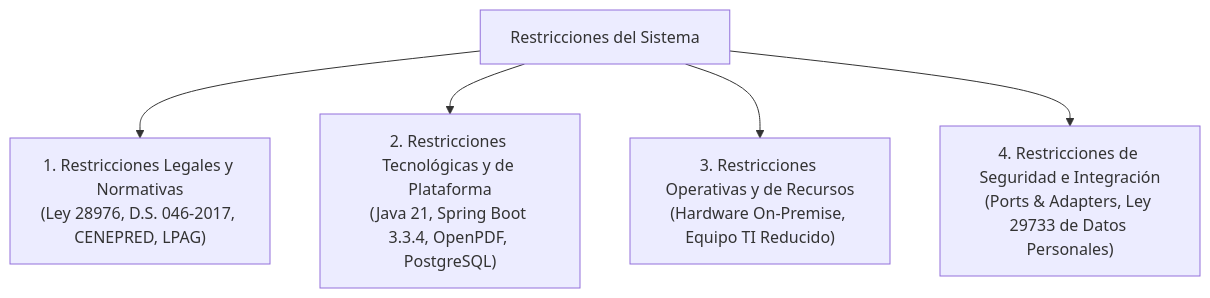
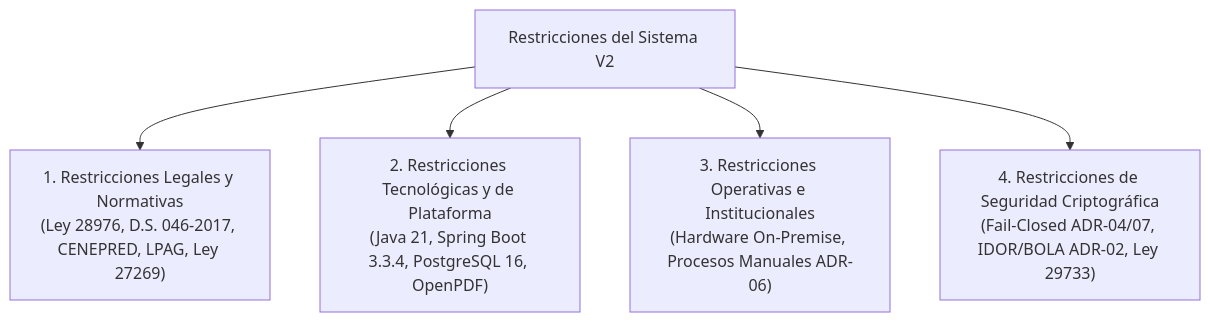
Before and after one commit to Issirc20/MuniHuamanga: the diagram in docs/analisis-de-sistema/05-restricciones.md, drawn with Mermaid. The commit also changed other lines of this file and 49 other files, not shown here.

````diff
--- a/docs/analisis-de-sistema/05-restricciones.md
+++ b/docs/analisis-de-sistema/05-restricciones.md
@@ -14,8 +16,8 @@
 ```mermaid
 graph TD
-    R["Restricciones del Sistema"]
-    R --> RL["1. Restricciones Legales y Normativas<br>(Ley 28976, D.S. 046-2017, CENEPRED, LPAG)"]
-    R --> RT["2. Restricciones Tecnológicas y de Plataforma<br>(Java 21, Spring Boot 3.3.4, OpenPDF, PostgreSQL)"]
-    R --> RO["3. Restricciones Operativas y de Recursos<br>(Hardware On-Premise, Equipo TI Reducido)"]
-    R --> RS["4. Restricciones de Seguridad e Integración<br>(Ports & Adapters, Ley 29733 de Datos Personales)"]
+    R["Restricciones del Sistema V2"]
+    R --> RL["1. Restricciones Legales y Normativas<br>(Ley 28976, D.S. 046-2017, CENEPRED, LPAG, Ley 27269)"]
+    R --> RT["2. Restricciones Tecnológicas y de Plataforma<br>(Java 21, Spring Boot 3.3.4, PostgreSQL 16, OpenPDF)"]
+    R --> RO["3. Restricciones Operativas e Institucionales<br>(Hardware On-Premise, Procesos Manuales ADR-06)"]
+    R --> RS["4. Restricciones de Seguridad Criptográfica<br>(Fail-Closed ADR-04/07, IDOR/BOLA ADR-02, Ley 29733)"]
 ```
````
